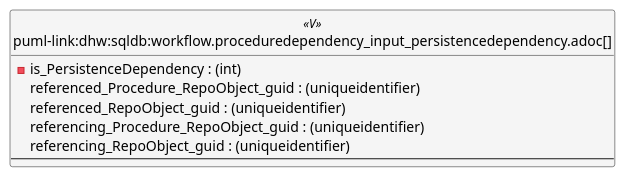
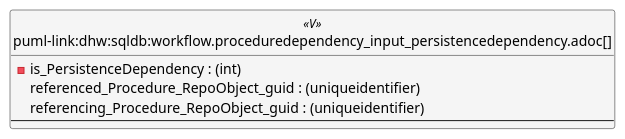
Before and after one commit to DataHandwerk/dhw-antora-sqldb: the first of 6 diagrams in docs/modules/sqldb/partials/content/workflow.proceduredependency_input_persistencedependency.adoc, drawn with PlantUML. The commit also changed other lines of this file and 641 other files, not shown here.

```diff
--- a/docs/modules/sqldb/partials/content/workflow.proceduredependency_input_persistencedependency.adoc
+++ b/docs/modules/sqldb/partials/content/workflow.proceduredependency_input_persistencedependency.adoc
@@ -524,38 +524,36 @@
 [plantuml, entity-{docname}, svg, subs=macros]
 ....
 'Left to right direction
 top to bottom direction
 hide circle
 'avoide "." issues:
 set namespaceSeparator none
 
 
 skinparam class {
   BackgroundColor White
   BackgroundColor<<FN>> Yellow
   BackgroundColor<<FS>> Yellow
   BackgroundColor<<FT>> LightGray
   BackgroundColor<<IF>> Yellow
   BackgroundColor<<IS>> Yellow
   BackgroundColor<<P>>  Aqua
   BackgroundColor<<PC>> Aqua
   BackgroundColor<<SN>> Yellow
   BackgroundColor<<SO>> SlateBlue
   BackgroundColor<<TF>> LightGray
   BackgroundColor<<TR>> Tomato
   BackgroundColor<<U>>  White
   BackgroundColor<<V>>  WhiteSmoke
   BackgroundColor<<X>>  Aqua
   BackgroundColor<<external>> AliceBlue
 }
 
 
 entity "puml-link:dhw:sqldb:workflow.proceduredependency_input_persistencedependency.adoc[]" as workflow.ProcedureDependency_input_PersistenceDependency << V >> {
   - is_PersistenceDependency : (int)
   referenced_Procedure_RepoObject_guid : (uniqueidentifier)
-  referenced_RepoObject_guid : (uniqueidentifier)
   referencing_Procedure_RepoObject_guid : (uniqueidentifier)
-  referencing_RepoObject_guid : (uniqueidentifier)
   --
 }
 ....
```
